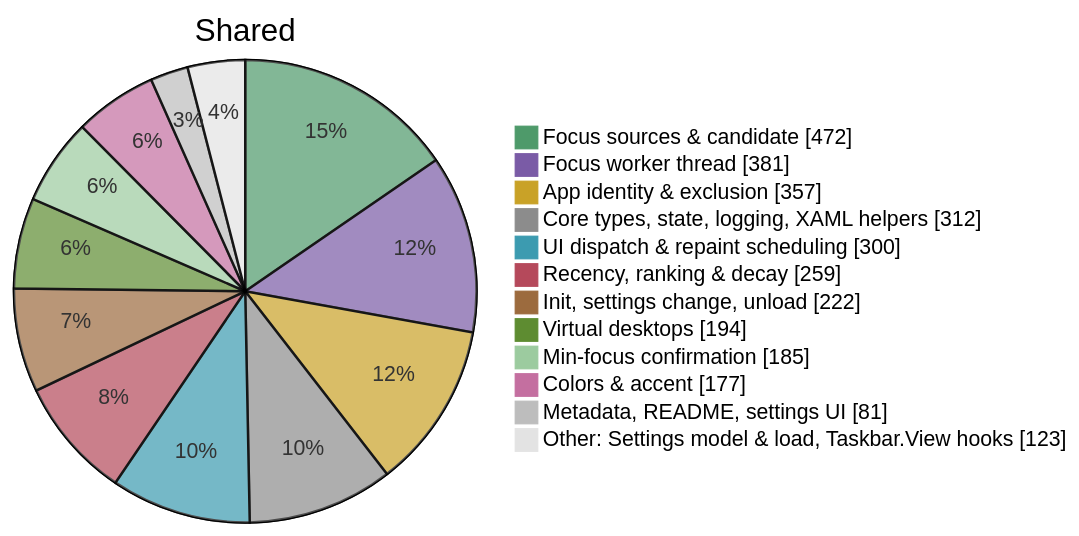
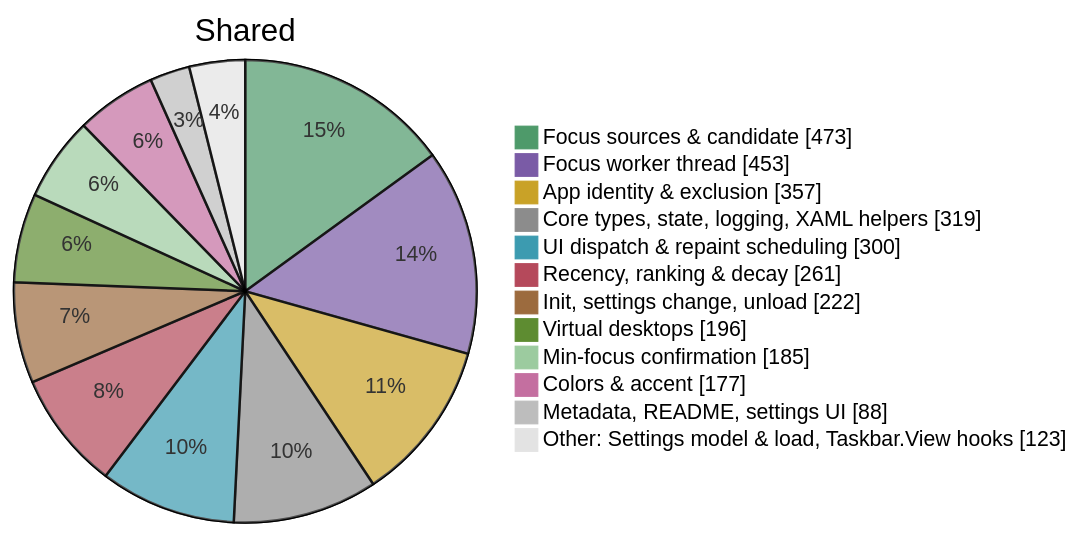
The fourth of 5 diagrams in doc/code/code-breakdown.md (jvlasek/taskbar-recent-focus-highlight), drawn with Mermaid before and after one commit. The commit also changed other lines of this file and 10 other files, not shown here.

````diff
--- a/doc/code/code-breakdown.md
+++ b/doc/code/code-breakdown.md
@@ -134,16 +134,16 @@
 ```mermaid
 %%{init: {"themeVariables": {"pie1": "#4E9A6A", "pie2": "#7A5BA6", "pie3": "#C9A227", "pie4": "#8C8C8C", "pie5": "#3C9BB0", "pie6": "#B5495B", "pie7": "#9C6B3E", "pie8": "#5E8C31", "pie9": "#9CCB9F", "pie10": "#C46FA0", "pie11": "#BDBDBD", "pie12": "#E3E3E3", "pieOuterStrokeWidth": "1px"}}}%%
 pie showData title Shared
-    "Focus sources & candidate" : 472
-    "Focus worker thread" : 381
+    "Focus sources & candidate" : 473
+    "Focus worker thread" : 453
     "App identity & exclusion" : 357
-    "Core types, state, logging, XAML helpers" : 312
+    "Core types, state, logging, XAML helpers" : 319
     "UI dispatch & repaint scheduling" : 300
-    "Recency, ranking & decay" : 259
+    "Recency, ranking & decay" : 261
     "Init, settings change, unload" : 222
-    "Virtual desktops" : 194
+    "Virtual desktops" : 196
     "Min-focus confirmation" : 185
     "Colors & accent" : 177
-    "Metadata, README, settings UI" : 81
+    "Metadata, README, settings UI" : 88
     "Other: Settings model & load, Taskbar.View hooks" : 123
 ```
````
